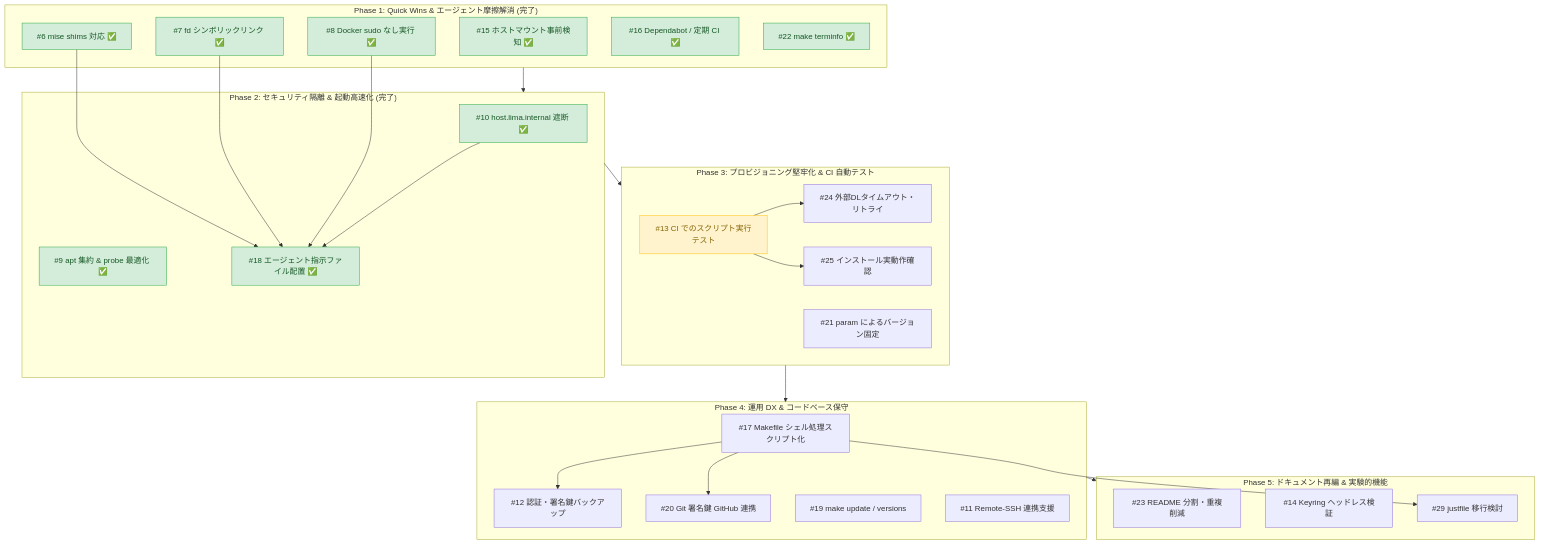
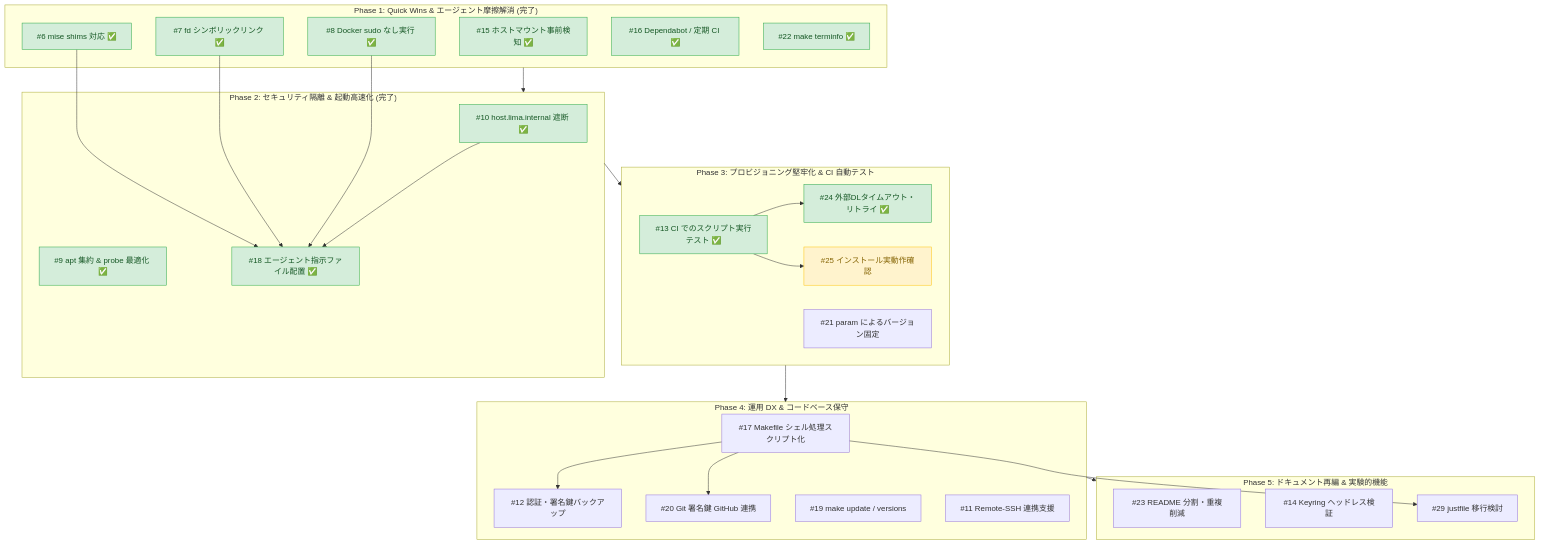
Before and after one commit to ikuy1203/lima-coding-sandbox: the diagram in docs/issue-prioritization.md, drawn with Mermaid. The commit also changed other lines of this file and 8 other files, not shown here.

````diff
--- a/docs/issue-prioritization.md
+++ b/docs/issue-prioritization.md
@@ -86,57 +88,57 @@
 ```mermaid
 flowchart TD
     subgraph Phase1["Phase 1: Quick Wins & エージェント摩擦解消 (完了)"]
         I15["#15 ホストマウント事前検知 ✅"]
         I7["#7 fd シンボリックリンク ✅"]
         I8["#8 Docker sudo なし実行 ✅"]
         I6["#6 mise shims 対応 ✅"]
         I16["#16 Dependabot / 定期 CI ✅"]
         I22["#22 make terminfo ✅"]
     end
 
     subgraph Phase2["Phase 2: セキュリティ隔離 & 起動高速化 (完了)"]
         I10["#10 host.lima.internal 遮断 ✅"]
         I9["#9 apt 集約 & probe 最適化 ✅"]
         I18["#18 エージェント指示ファイル配置 ✅"]
     end
 
     subgraph Phase3["Phase 3: プロビジョニング堅牢化 & CI 自動テスト"]
-        I13["#13 CI でのスクリプト実行テスト"]
-        I24["#24 外部DLタイムアウト・リトライ"]
+        I13["#13 CI でのスクリプト実行テスト ✅"]
+        I24["#24 外部DLタイムアウト・リトライ ✅"]
         I25["#25 インストール実動作確認"]
         I21["#21 param によるバージョン固定"]
     end
 
     subgraph Phase4["Phase 4: 運用 DX & コードベース保守"]
         I17["#17 Makefile シェル処理スクリプト化"]
         I12["#12 認証・署名鍵バックアップ"]
         I20["#20 Git 署名鍵 GitHub 連携"]
         I19["#19 make update / versions"]
         I11["#11 Remote-SSH 連携支援"]
     end
 
     subgraph Phase5["Phase 5: ドキュメント再編 & 実験的機能"]
         I23["#23 README 分割・重複削減"]
         I14["#14 Keyring ヘッドレス検証"]
         I29["#29 justfile 移行検討"]
     end
 
     Phase1 --> Phase2
     Phase2 --> Phase3
     Phase3 --> Phase4
     Phase4 --> Phase5
     I6 --> I18
     I7 --> I18
     I8 --> I18
     I10 --> I18
     I13 --> I24
     I13 --> I25
     I17 --> I12
     I17 --> I20
     I17 --> I29
 
     classDef done fill:#d4edda,stroke:#28a745,color:#155724
     classDef next fill:#fff3cd,stroke:#ffc107,color:#856404
-    class I15,I7,I8,I6,I16,I22,I10,I9,I18 done
-    class I13 next
+    class I15,I7,I8,I6,I16,I22,I10,I9,I18,I13,I24 done
+    class I25 next
 ```
````
